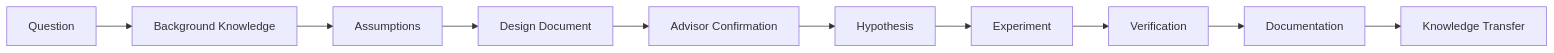
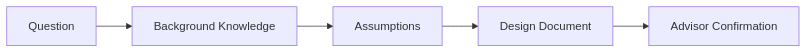
The second of 5 diagrams in 02-research-playbook.md (raycg/Open-Research-Playbook), drawn with Mermaid before and after one commit. The commit also changed other lines of this file, not shown here.

`````diff
--- a/02-research-playbook.md
+++ b/02-research-playbook.md
@@ -37,12 +40,7 @@
 ```mermaid
 graph LR
     Q[Question] --> BK[Background Knowledge]
     BK --> A[Assumptions]
     A --> D[Design Document]
     D --> C[Advisor Confirmation]
-    C --> H[Hypothesis]
-    H --> E[Experiment]
-    E --> V[Verification]
-    V --> DOC[Documentation]
-    DOC --> KT[Knowledge Transfer]
-```
+````
`````
